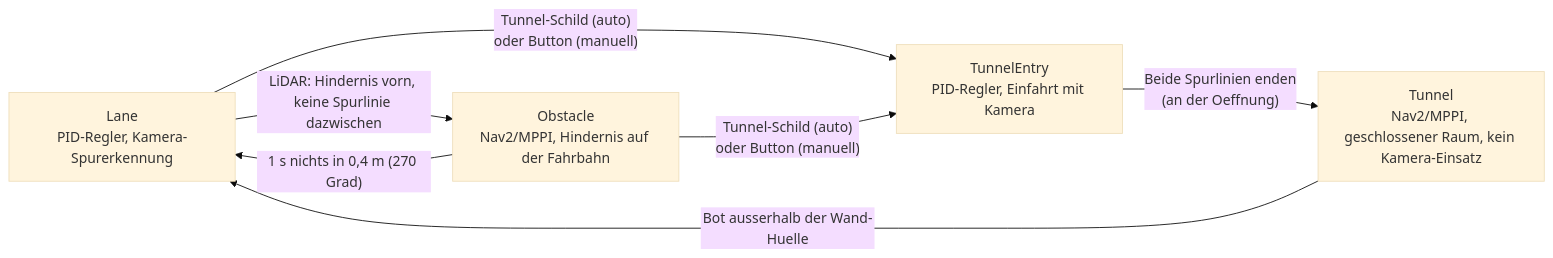
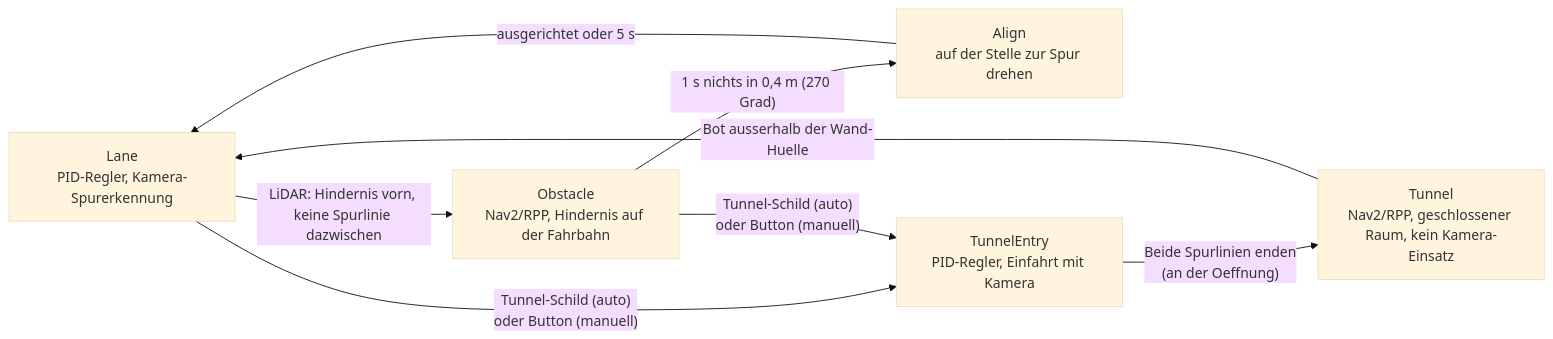
One commit to NaiRolF878/TurtleBot3-URMC changed the first of 3 diagrams in docs/Nav2LocalCoastmap_Doku.md. Above: the diagram before and after it, drawn with Mermaid (base theme). The commit also changed other lines of this file and 33 other files, not shown here.

````diff
--- a/docs/Nav2LocalCoastmap_Doku.md
+++ b/docs/Nav2LocalCoastmap_Doku.md
@@ -22,14 +22,16 @@
 ```mermaid
 flowchart LR
     Lane["Lane\nPID-Regler, Kamera-Spurerkennung"]
-    Obstacle["Obstacle\nNav2/MPPI, Hindernis auf der Fahrbahn"]
-    Tunnel["Tunnel\nNav2/MPPI, geschlossener Raum, kein Kamera-Einsatz"]
+    Obstacle["Obstacle\nNav2/RPP, Hindernis auf der Fahrbahn"]
+    Tunnel["Tunnel\nNav2/RPP, geschlossener Raum, kein Kamera-Einsatz"]
+    Align["Align\nauf der Stelle zur Spur drehen"]
 
     Lane -- "LiDAR: Hindernis vorn, keine Spurlinie dazwischen" --> Obstacle
-    Obstacle -- "1 s nichts in 0,4 m (270 Grad)" --> Lane
+    Obstacle -- "1 s nichts in 0,4 m (270 Grad)" --> Align
+    Align -- "ausgerichtet oder 5 s" --> Lane
     TunnelEntry["TunnelEntry\nPID-Regler, Einfahrt mit Kamera"]
     Lane -- "Tunnel-Schild (auto)\noder Button (manuell)" --> TunnelEntry
     Obstacle -- "Tunnel-Schild (auto)\noder Button (manuell)" --> TunnelEntry
     TunnelEntry -- "Beide Spurlinien enden\n(an der Oeffnung)" --> Tunnel
     Tunnel -- "Bot ausserhalb der Wand-Huelle" --> Lane
 ```
````
